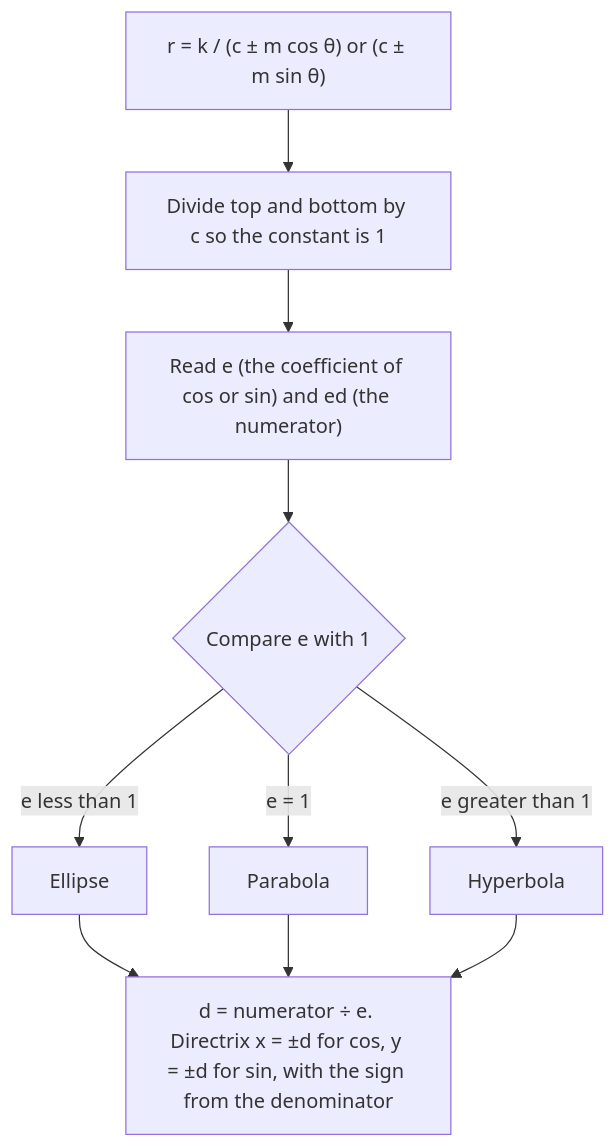
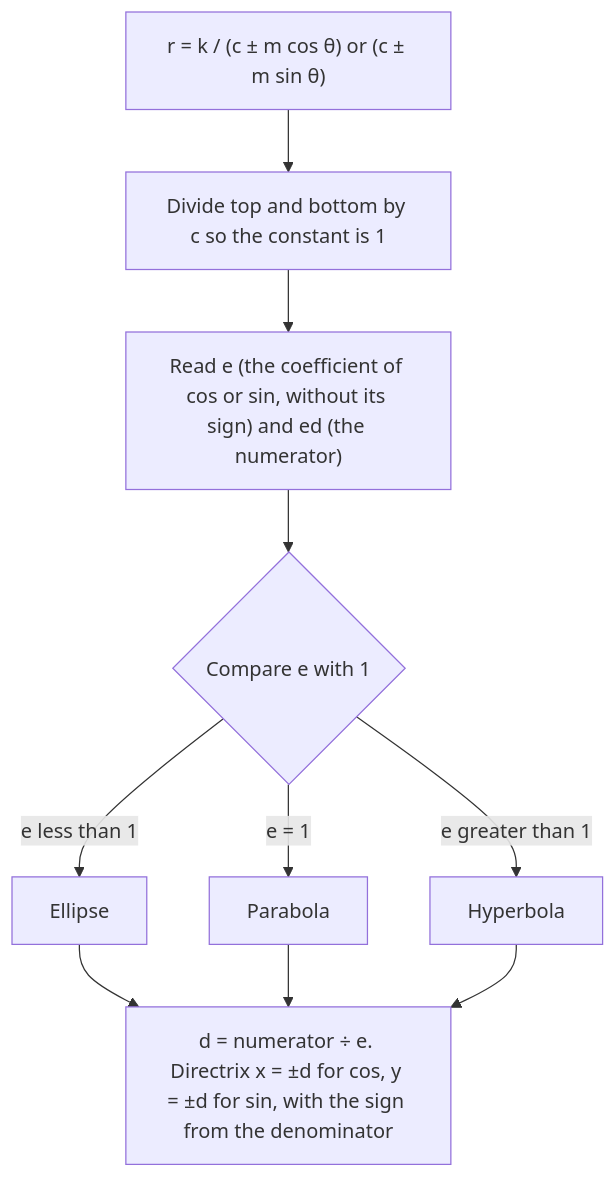
The diagram in content/math/trigonometry/lessons/39h1-polar-conics.md (Aziliz/erudior), drawn with Mermaid before and after one commit. The commit also changed other lines of this file and 8 other files, not shown here.

````diff
--- a/content/math/trigonometry/lessons/39h1-polar-conics.md
+++ b/content/math/trigonometry/lessons/39h1-polar-conics.md
@@ -49,14 +49,14 @@
 ```mermaid
 flowchart TD
   accTitle: Identifying a conic in polar form
-  accDescr: Start with r equals k over c plus or minus m cos theta or sin theta. Divide the numerator and denominator by c so the constant term is 1. The coefficient of the trig function is now e, and the numerator is e d. If e is less than 1 the conic is an ellipse, if e equals 1 a parabola, if e is greater than 1 a hyperbola. Then find d by dividing the numerator by e; cos means a vertical directrix x equals plus or minus d and sin means a horizontal directrix y equals plus or minus d, with the sign taken from the sign in the denominator.
+  accDescr: Start with r equals k over c plus or minus m cos theta or sin theta. Divide the numerator and denominator by c so the constant term is 1. The coefficient of the trig function, without its sign, is now e, and the numerator is e d. If e is less than 1 the conic is an ellipse, if e equals 1 a parabola, if e is greater than 1 a hyperbola. Then find d by dividing the numerator by e; cos means a vertical directrix x equals plus or minus d and sin means a horizontal directrix y equals plus or minus d, with the sign taken from the sign in the denominator.
   A["r = k / (c ± m cos θ) or (c ± m sin θ)"] --> B["Divide top and bottom by c so the constant is 1"]
-  B --> C["Read e (the coefficient of cos or sin) and ed (the numerator)"]
+  B --> C["Read e (the coefficient of cos or sin, without its sign) and ed (the numerator)"]
   C --> D{"Compare e with 1"}
   D -- "e less than 1" --> E[Ellipse]
   D -- "e = 1" --> F[Parabola]
   D -- "e greater than 1" --> G[Hyperbola]
   E --> H["d = numerator ÷ e. Directrix x = ±d for cos, y = ±d for sin, with the sign from the denominator"]
   F --> H
   G --> H
 ```
````
